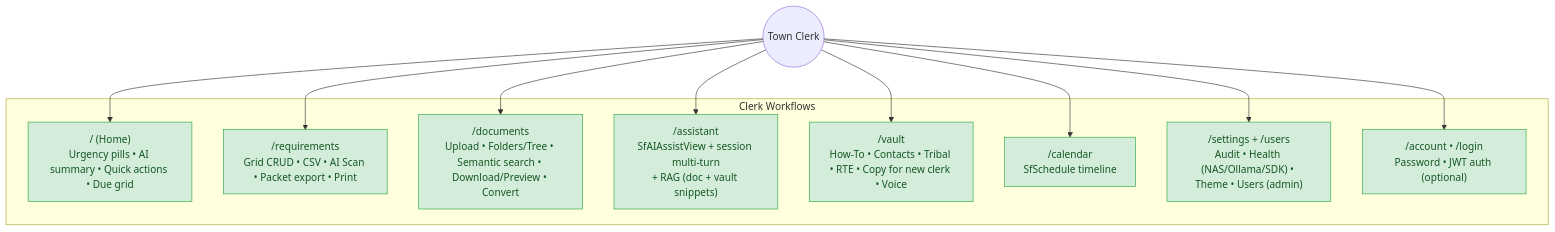
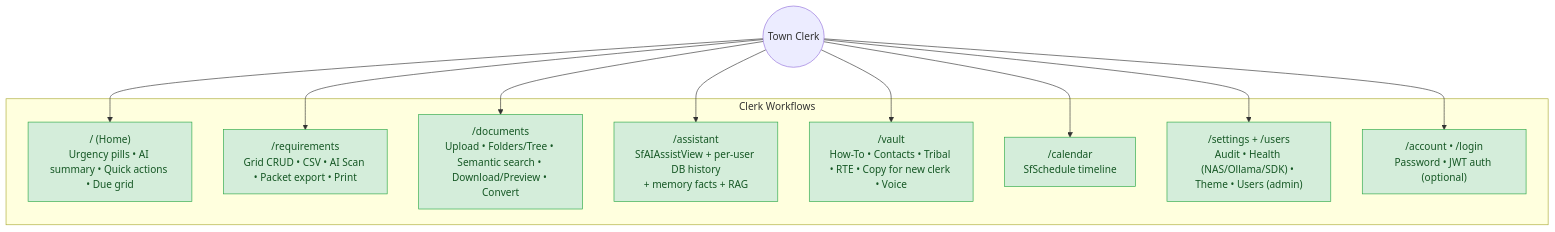
One commit to Bigessfour/TIKR-Town-Institutional-Knowledge-Tracker changed the first of 3 diagrams in docs/function-tree.md. Above: the diagram before and after it, drawn with Mermaid. The commit also changed 21 other files, not shown here.

First line of the commit message:
Persist per-clerk assistant chat history and memory facts.

````diff
--- a/docs/function-tree.md
+++ b/docs/function-tree.md
@@ -12,27 +12,27 @@
 ```mermaid
 flowchart TB
     Clerk((Town Clerk))
 
     subgraph ClerkWorkflows["Clerk Workflows"]
         Dashboard["/ (Home)\nUrgency pills • AI summary • Quick actions • Due grid"]
         Requirements["/requirements\nGrid CRUD • CSV • AI Scan • Packet export • Print"]
         Documents["/documents\nUpload • Folders/Tree • Semantic search • Download/Preview • Convert"]
-        Assistant["/assistant\nSfAIAssistView + session multi-turn\n+ RAG (doc + vault snippets)"]
+        Assistant["/assistant\nSfAIAssistView + per-user DB history\n+ memory facts + RAG"]
         Vault["/vault\nHow-To • Contacts • Tribal • RTE • Copy for new clerk • Voice"]
         Calendar["/calendar\nSfSchedule timeline"]
         Settings["/settings + /users\nAudit • Health (NAS/Ollama/SDK) • Theme • Users (admin)"]
         Account["/account • /login\nPassword • JWT auth (optional)"]
     end
 
     Clerk --> Dashboard
     Clerk --> Requirements
     Clerk --> Documents
     Clerk --> Assistant
     Clerk --> Vault
     Clerk --> Calendar
     Clerk --> Settings
     Clerk --> Account
 
     classDef done fill:#d4edda,stroke:#28a745,color:#155724
     class Dashboard,Requirements,Documents,Assistant,Vault,Calendar,Settings,Account done
 ```
````
